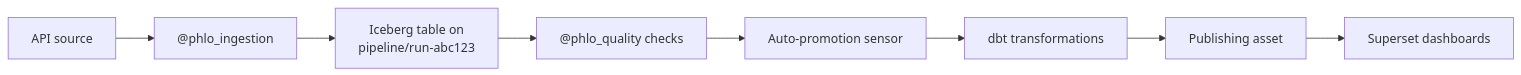
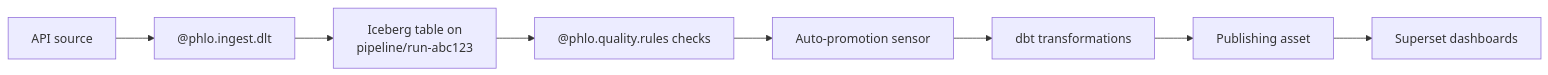
Before and after one commit to phlohouse/website: the fourth of 4 diagrams in web-next/content/phlo-docs/getting-started/core-concepts.mdx, drawn with Mermaid. The commit also changed other lines of this file and 39 other files, not shown here.

````diff
--- a/web-next/content/phlo-docs/getting-started/core-concepts.mdx
+++ b/web-next/content/phlo-docs/getting-started/core-concepts.mdx
@@ -530,13 +552,13 @@
 ```mermaid
 flowchart LR
     source[API source]
-    ingest["@phlo_ingestion"]
+    ingest["@phlo.ingest.dlt"]
     branch["Iceberg table on<br/>pipeline/run-abc123"]
-    quality["@phlo_quality checks"]
+    quality["@phlo.quality.rules checks"]
     promote[Auto-promotion sensor]
     dbt[dbt transformations]
     publish[Publishing asset]
     dashboards[Superset dashboards]
 
     source --> ingest --> branch --> quality --> promote --> dbt --> publish --> dashboards
 ```
````
